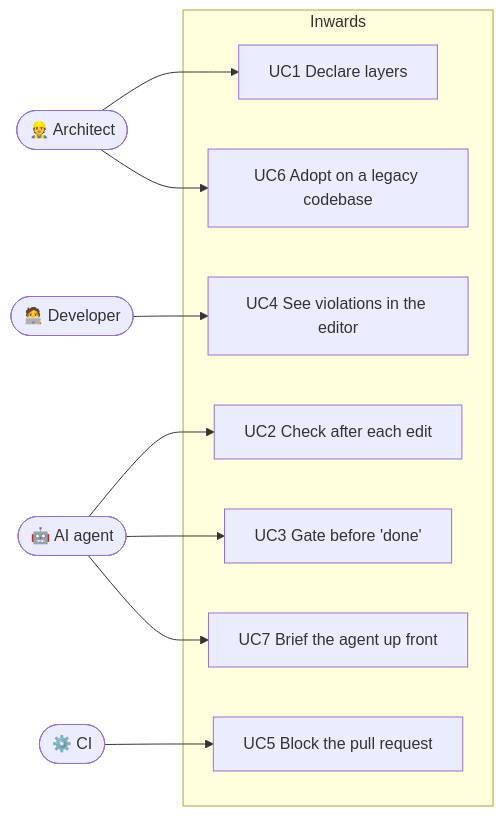
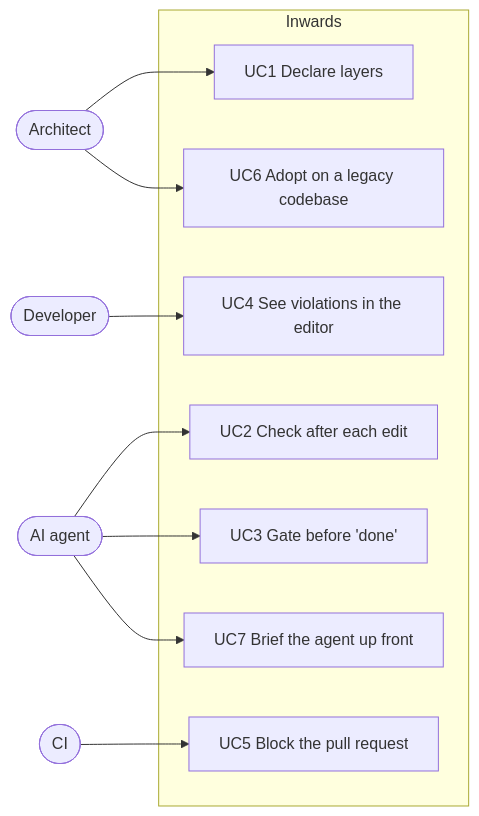
Before and after one commit to SirCypkowskyy/inwards: the diagram in docs/chapters/02-Business-Context.md, drawn with Mermaid. The commit also changed other lines of this file and 9 other files, not shown here.

First line of the commit message:
docs: draw diagram and status icons instead of emoji, recolour the chapter 6 pie

````diff
--- a/docs/chapters/02-Business-Context.md
+++ b/docs/chapters/02-Business-Context.md
@@ -244,25 +244,25 @@
 ```mermaid
 flowchart LR
-    arch(["👷 Architect"])
-    dev(["🧑‍💻 Developer"])
-    agent(["🤖 AI agent"])
-    ci(["⚙️ CI"])
+    arch(["Architect"])
+    dev(["Developer"])
+    agent(["AI agent"])
+    ci(["CI"])
 
     subgraph S["Inwards"]
         UC1["UC1 Declare layers"]
         UC2["UC2 Check after each edit"]
         UC3["UC3 Gate before 'done'"]
         UC4["UC4 See violations in the editor"]
         UC5["UC5 Block the pull request"]
         UC6["UC6 Adopt on a legacy codebase"]
         UC7["UC7 Brief the agent up front"]
     end
 
     arch --> UC1
     arch --> UC6
     agent --> UC2
     agent --> UC3
     agent --> UC7
     dev --> UC4
     ci --> UC5
 ```
````
